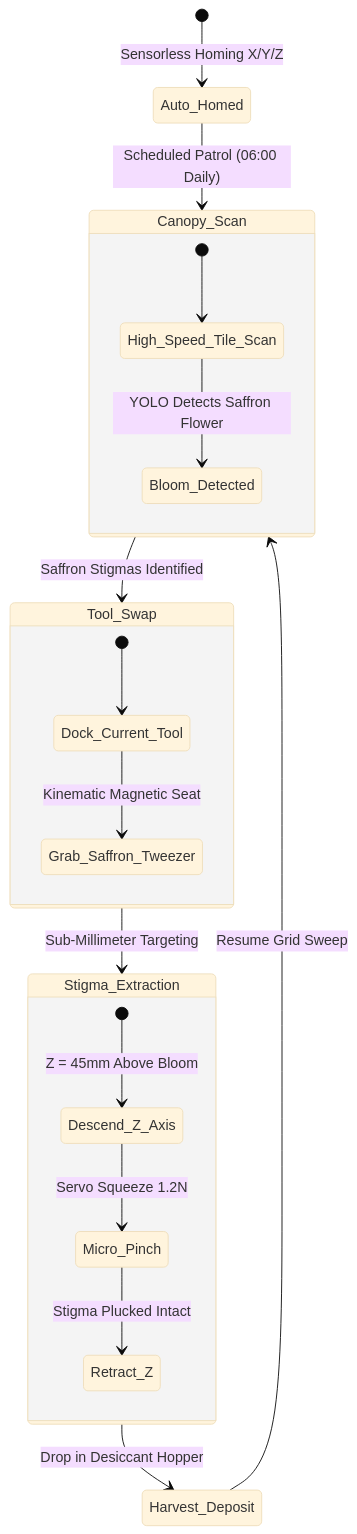
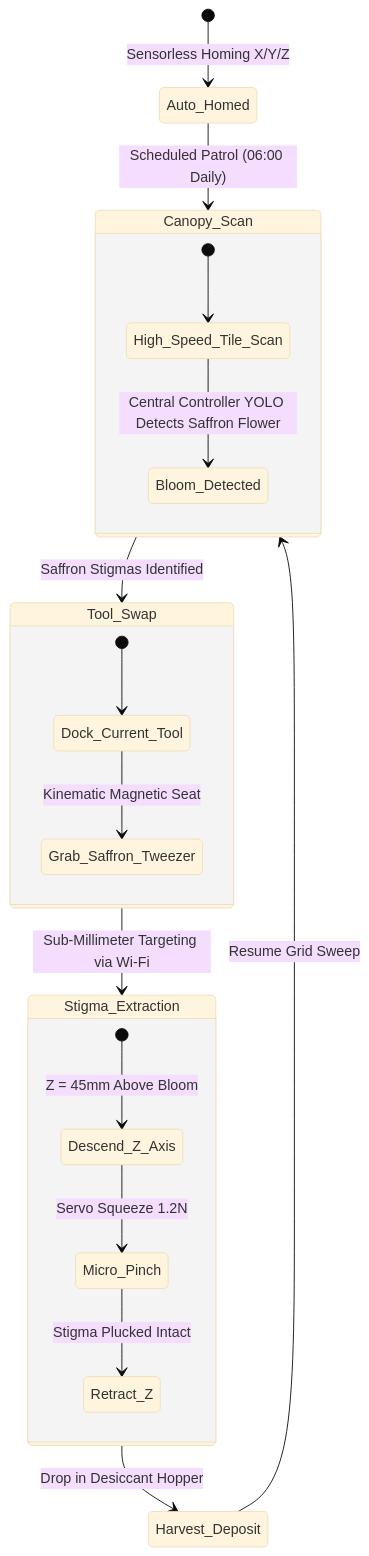
One commit to SamSoupSauce/open-biosphere changed the third of 3 diagrams in src/content/docs/hardware/overhead-gantry-system.mdx. Above: the diagram before and after it, drawn with Mermaid (base theme). The commit also changed other lines of this file and 13 other files, not shown here.

Commit message:
feat(rfc-0004): implement Controller-Node-Tool (CNT) hierarchical edge architecture across machine catalog

````diff
--- a/src/content/docs/hardware/overhead-gantry-system.mdx
+++ b/src/content/docs/hardware/overhead-gantry-system.mdx
@@ -302,28 +318,28 @@
 ```mermaid
 stateDiagram-v2
     [*] --> Auto_Homed: Sensorless Homing X/Y/Z
     Auto_Homed --> Canopy_Scan: Scheduled Patrol (06:00 Daily)
     
     state Canopy_Scan {
         [*] --> High_Speed_Tile_Scan
-        High_Speed_Tile_Scan --> Bloom_Detected: YOLO Detects Saffron Flower
+        High_Speed_Tile_Scan --> Bloom_Detected: Central Controller YOLO Detects Saffron Flower
     }
 
     Canopy_Scan --> Tool_Swap: Saffron Stigmas Identified
-
+    
     state Tool_Swap {
         [*] --> Dock_Current_Tool
         Dock_Current_Tool --> Grab_Saffron_Tweezer: Kinematic Magnetic Seat
     }
 
-    Tool_Swap --> Stigma_Extraction: Sub-Millimeter Targeting
+    Tool_Swap --> Stigma_Extraction: Sub-Millimeter Targeting via Wi-Fi
 
     state Stigma_Extraction {
         [*] --> Descend_Z_Axis: Z = 45mm Above Bloom
         Descend_Z_Axis --> Micro_Pinch: Servo Squeeze 1.2N
         Micro_Pinch --> Retract_Z: Stigma Plucked Intact
     }
 
     Stigma_Extraction --> Harvest_Deposit: Drop in Desiccant Hopper
     Harvest_Deposit --> Canopy_Scan: Resume Grid Sweep
 ```
````
